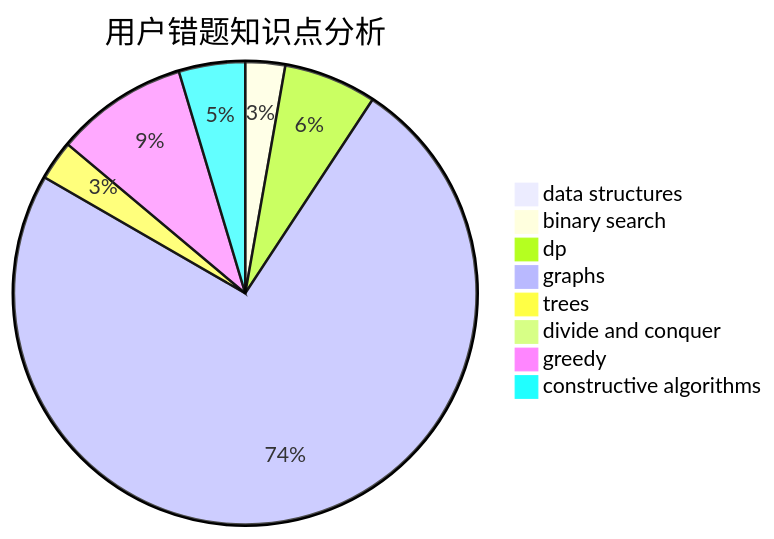
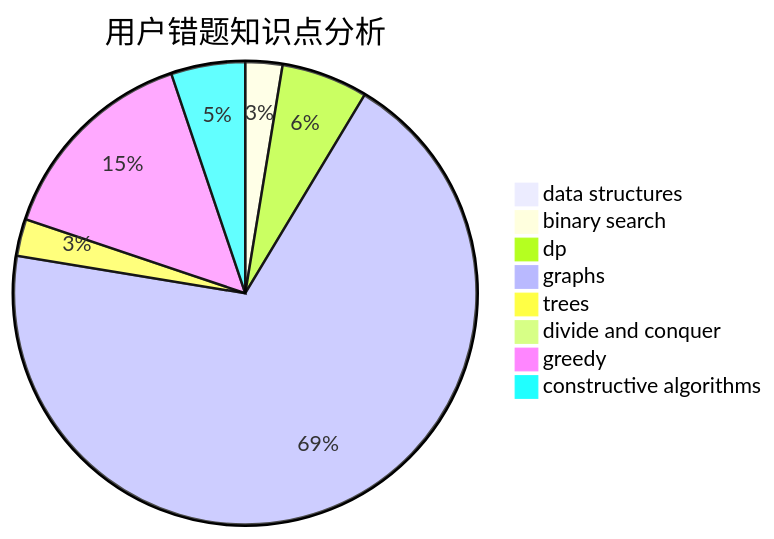
Before and after one commit to sherpahu/cfrs.github.io: the third of 3 diagrams in docs/user/u2003.md, drawn with Mermaid. The commit also changed other lines of this file and 2770 other files, not shown here.

````diff
--- a/docs/user/u2003.md
+++ b/docs/user/u2003.md
@@ -36,11 +36,11 @@
 ```mermaid
 pie title 用户错题知识点分析
     "data structures" :  0
     "binary search" :  3
     "dp" :  7
     "graphs" :  80
     "trees" :  3
     "divide and conquer" :  0
-    "greedy" :  10
-    "constructive algorithms" :  5
+    "greedy" :  17
+    "constructive algorithms" :  6
 ```
````
